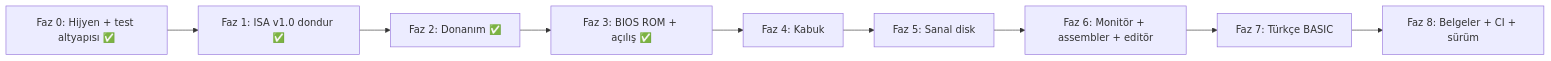
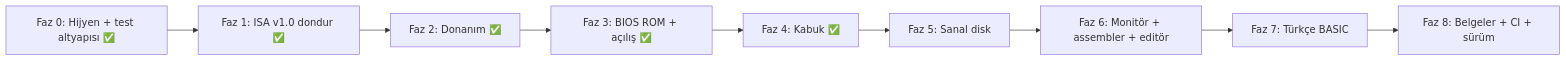
The diagram in implementation_plan.md (Yukselcsgn/TURK-8), drawn with Mermaid before and after one commit. The commit also changed other lines of this file and 4 other files, not shown here.

````diff
--- a/implementation_plan.md
+++ b/implementation_plan.md
@@ -8,11 +8,11 @@
 ```mermaid
 flowchart LR
     F0["Faz 0: Hijyen + test altyapısı ✅"] --> F1["Faz 1: ISA v1.0 dondur ✅"]
     F1 --> F2["Faz 2: Donanım ✅"]
     F2 --> F3["Faz 3: BIOS ROM + açılış ✅"]
-    F3 --> F4["Faz 4: Kabuk"]
+    F3 --> F4["Faz 4: Kabuk ✅"]
     F4 --> F5["Faz 5: Sanal disk"]
     F5 --> F6["Faz 6: Monitör + assembler + editör"]
     F6 --> F7["Faz 7: Türkçe BASIC"]
     F7 --> F8["Faz 8: Belgeler + CI + sürüm"]
 ```
````
